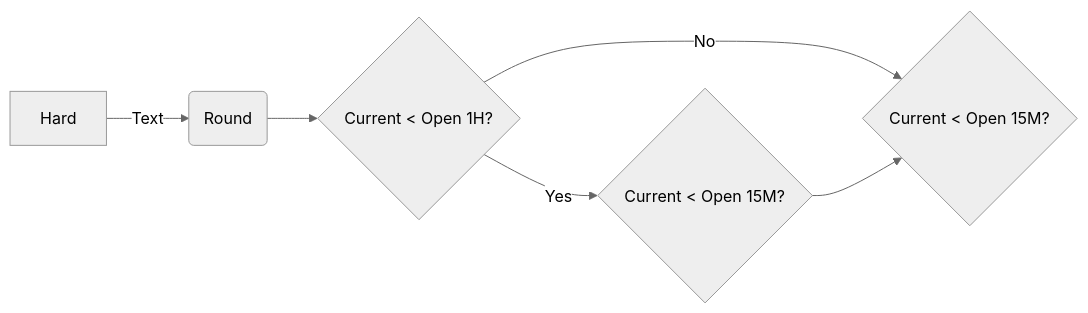
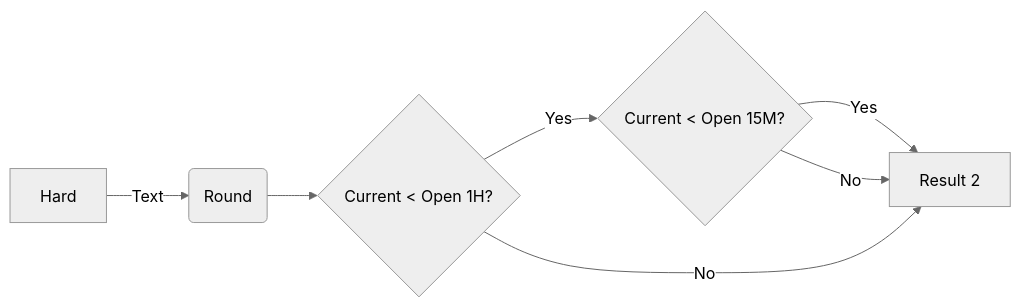
One commit to venoajie/MyApp changed the diagram in strategy_analysis.md. Above: the diagram before and after it, drawn with Mermaid (neutral theme).

````diff
--- a/strategy_analysis.md
+++ b/strategy_analysis.md
@@ -13,10 +13,10 @@
 ```mermaid
 flowchart LR
 
 A[Hard] -->|Text| B(Round)
 B --> C{Current < Open 1H?}
 C -->|Yes| D{Current < Open 15M?}
+D -->|Yes| E{Current < Open 15M?}
+D -->|No| E[Result 2]
 C -->|No| E[Result 2]
-D --> E{Current < Open 15M?}
-
 ```
````
